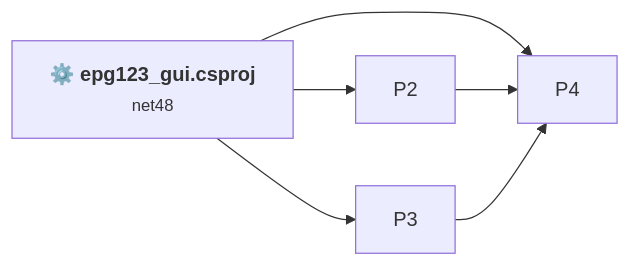
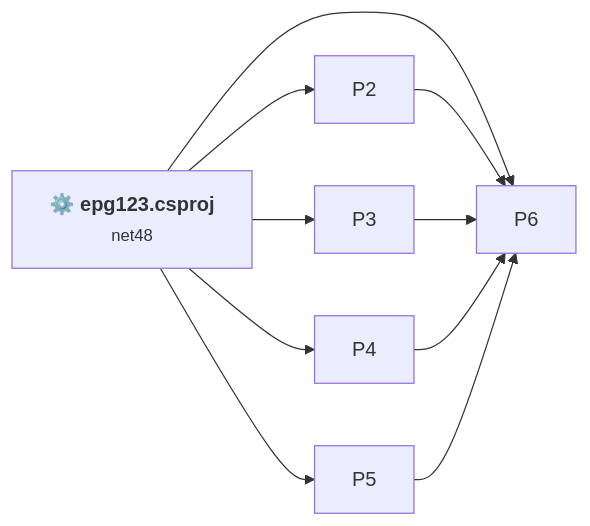
The first of 2 diagrams in .github/upgrades/scenarios/dotnet-version-upgrade/assessment.md (Kev506/epg123), drawn with Mermaid before and after one commit. The commit also changed other lines of this file and 9 other files, not shown here.

````diff
--- a/.github/upgrades/scenarios/dotnet-version-upgrade/assessment.md
+++ b/.github/upgrades/scenarios/dotnet-version-upgrade/assessment.md
@@ -145,11 +148,15 @@
 ```mermaid
 flowchart LR
-    P1["<b>⚙️&nbsp;epg123_gui.csproj</b><br/><small>net48</small>"]
+    P1["<b>⚙️&nbsp;epg123.csproj</b><br/><small>net48</small>"]
     P1 --> P2
     P1 --> P3
     P1 --> P4
-    P2 --> P4
-    P3 --> P4
-    click P1 "#epg123_guicsproj"
+    P1 --> P5
+    P1 --> P6
+    P2 --> P6
+    P3 --> P6
+    P4 --> P6
+    P5 --> P6
+    click P1 "#epg123csproj"
 
 ```
````
